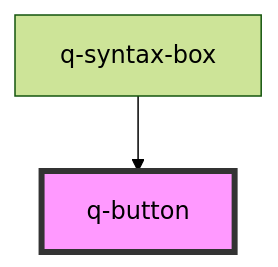
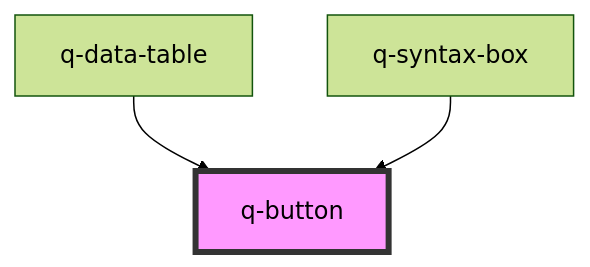
One commit to XsAndre-L/WebQuark changed the diagram in src/components/actions/button/readme.md. Above: the diagram before and after it, drawn with Mermaid (forest theme). The commit also changed other lines of this file and 18 other files, not shown here.

Commit message:
Add data table row actions and sorting

````diff
--- a/src/components/actions/button/readme.md
+++ b/src/components/actions/button/readme.md
@@ -49,5 +50,6 @@
 ```mermaid
 graph TD;
+  q-data-table --> q-button
   q-syntax-box --> q-button
   style q-button fill:#f9f,stroke:#333,stroke-width:4px
 ```
````
